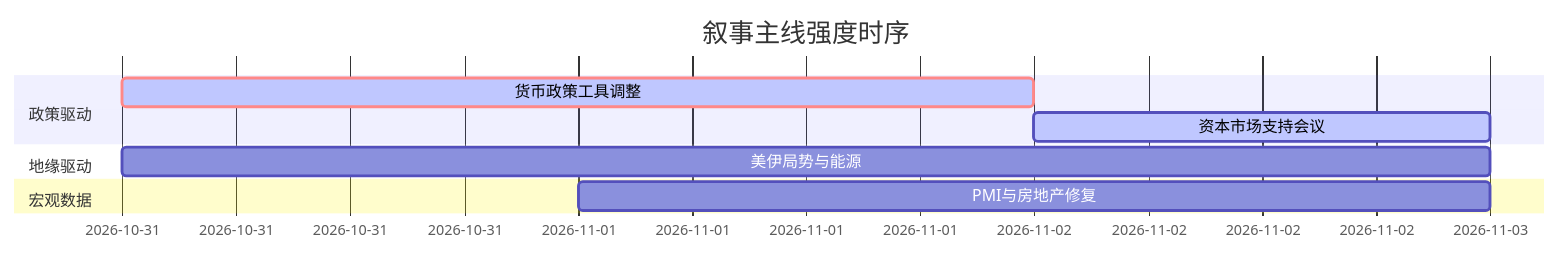
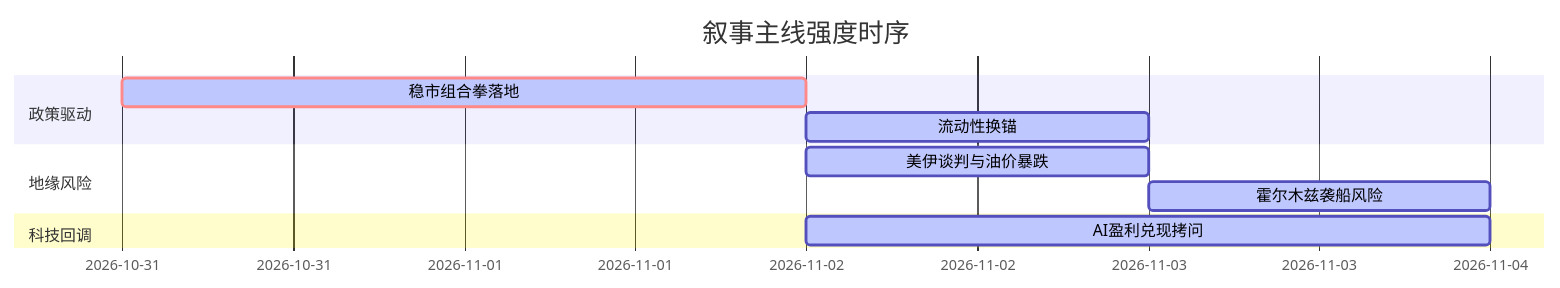
Before and after one commit to uu5zn/uu5zn.github.io: the diagram in 5day_report.md, drawn with Mermaid. The commit also changed other lines of this file and 23 other files, not shown here.

````diff
--- a/5day_report.md
+++ b/5day_report.md
@@ -56,14 +53,15 @@
 ```mermaid
 gantt
     title 叙事主线强度时序
     dateFormat  YYYY-MM-DD
     section 政策驱动
-    货币政策工具调整   :crit, active, 2026-10-31, 2d
-    资本市场支持会议   :active, 2026-11-02, 1d
+    稳市组合拳落地   :crit, active, 2026-10-31, 2d
+    流动性换锚       :active, 2026-11-02, 1d
     
-    section 地缘驱动
-    美伊局势与能源   :2026-10-31, 3d
+    section 地缘风险
+    美伊谈判与油价暴跌 :active, 2026-11-02, 1d
+    霍尔木兹袭船风险   :active, 2026-11-03, 1d
     
-    section 宏观数据
-    PMI与房地产修复   :2026-11-01, 2d
+    section 科技回调
+    AI盈利兑现拷问     :active, 2026-11-02, 2d
 ```
````
